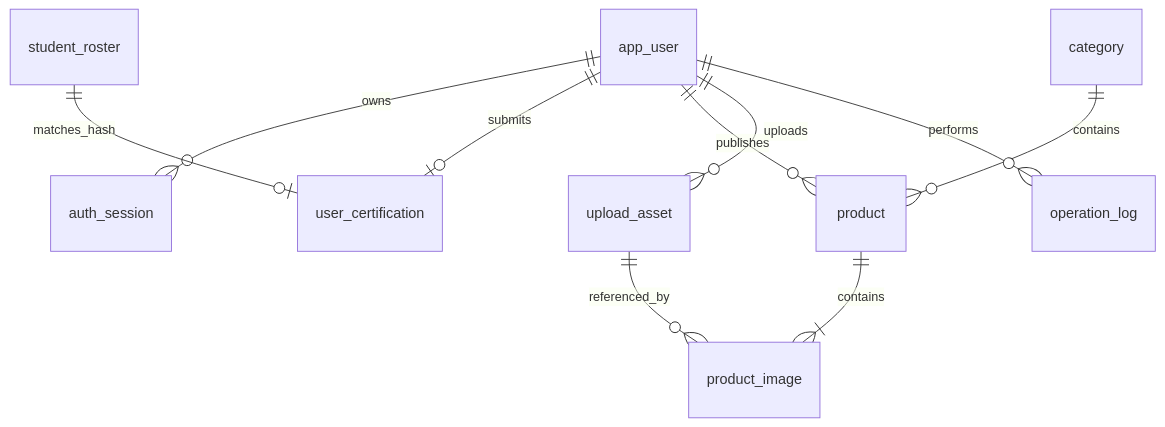
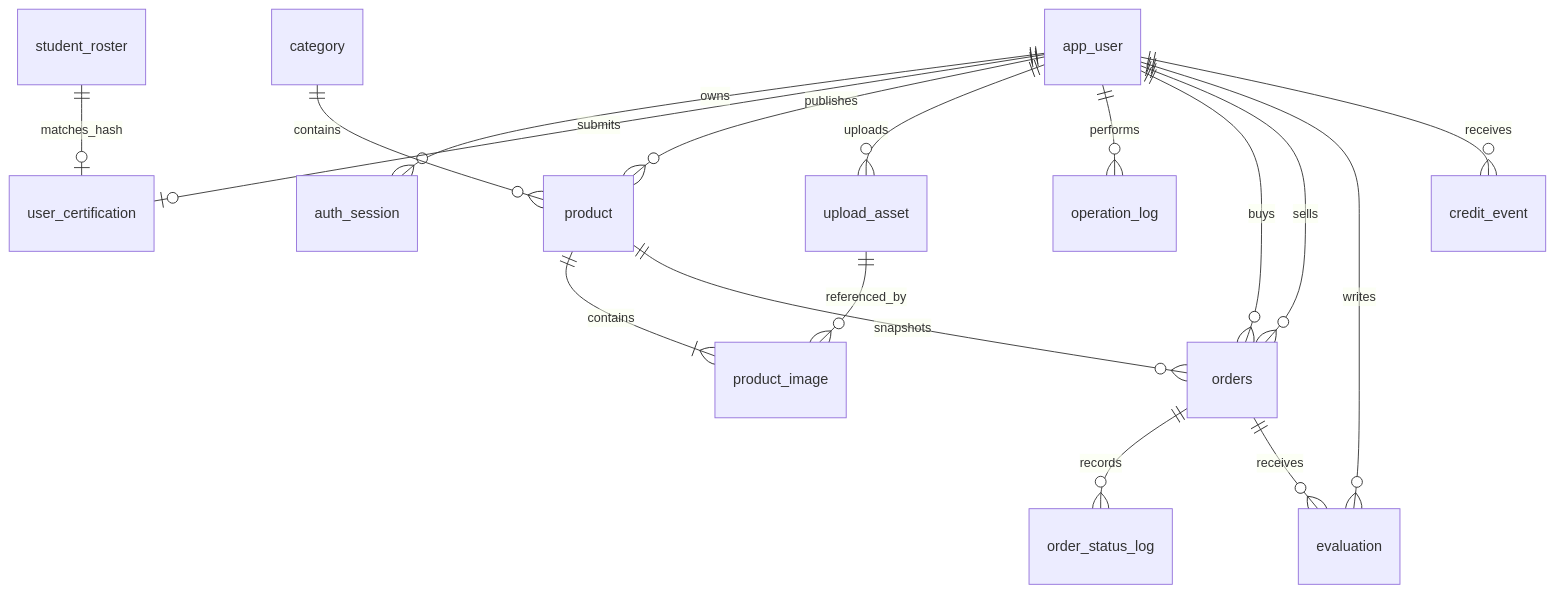
The second of 3 diagrams in docs/design.md (Boss-H24/campus-trust-market), drawn with Mermaid before and after one commit. The commit also changed other lines of this file and 12 other files, not shown here.

````diff
--- a/docs/design.md
+++ b/docs/design.md
@@ -21,12 +26,19 @@
 ```mermaid
 erDiagram
   app_user ||--o{ auth_session : owns
   app_user ||--o| user_certification : submits
   student_roster ||--o| user_certification : matches_hash
   app_user ||--o{ product : publishes
   category ||--o{ product : contains
   app_user ||--o{ upload_asset : uploads
   product ||--|{ product_image : contains
   upload_asset ||--o{ product_image : referenced_by
   app_user ||--o{ operation_log : performs
+  app_user ||--o{ orders : buys
+  app_user ||--o{ orders : sells
+  product ||--o{ orders : snapshots
+  orders ||--o{ order_status_log : records
+  orders ||--o{ evaluation : receives
+  app_user ||--o{ evaluation : writes
+  app_user ||--o{ credit_event : receives
 ```
````
